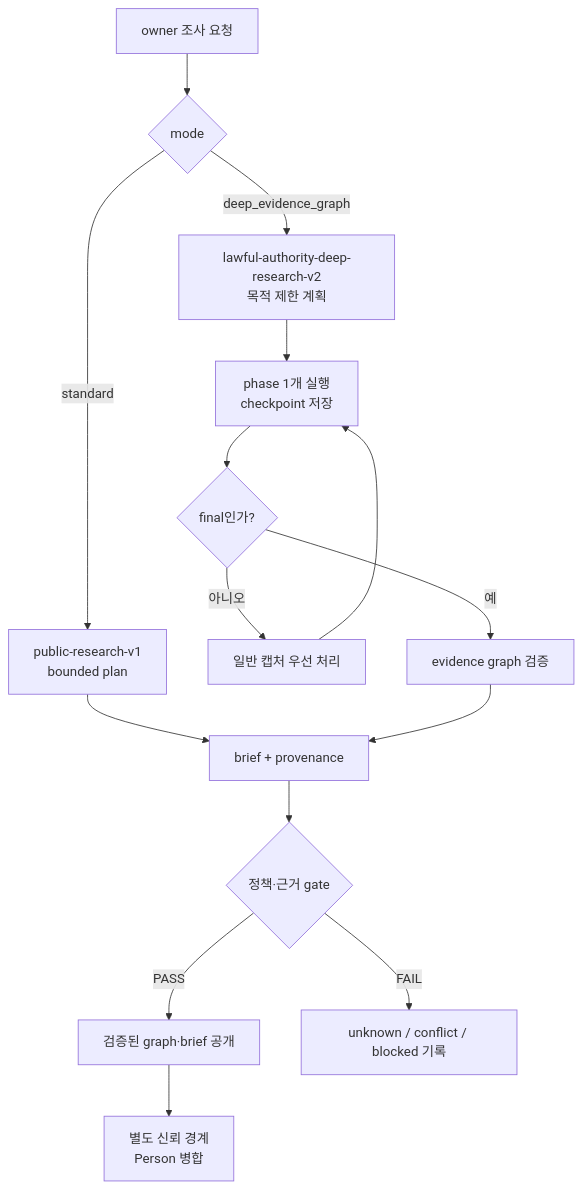
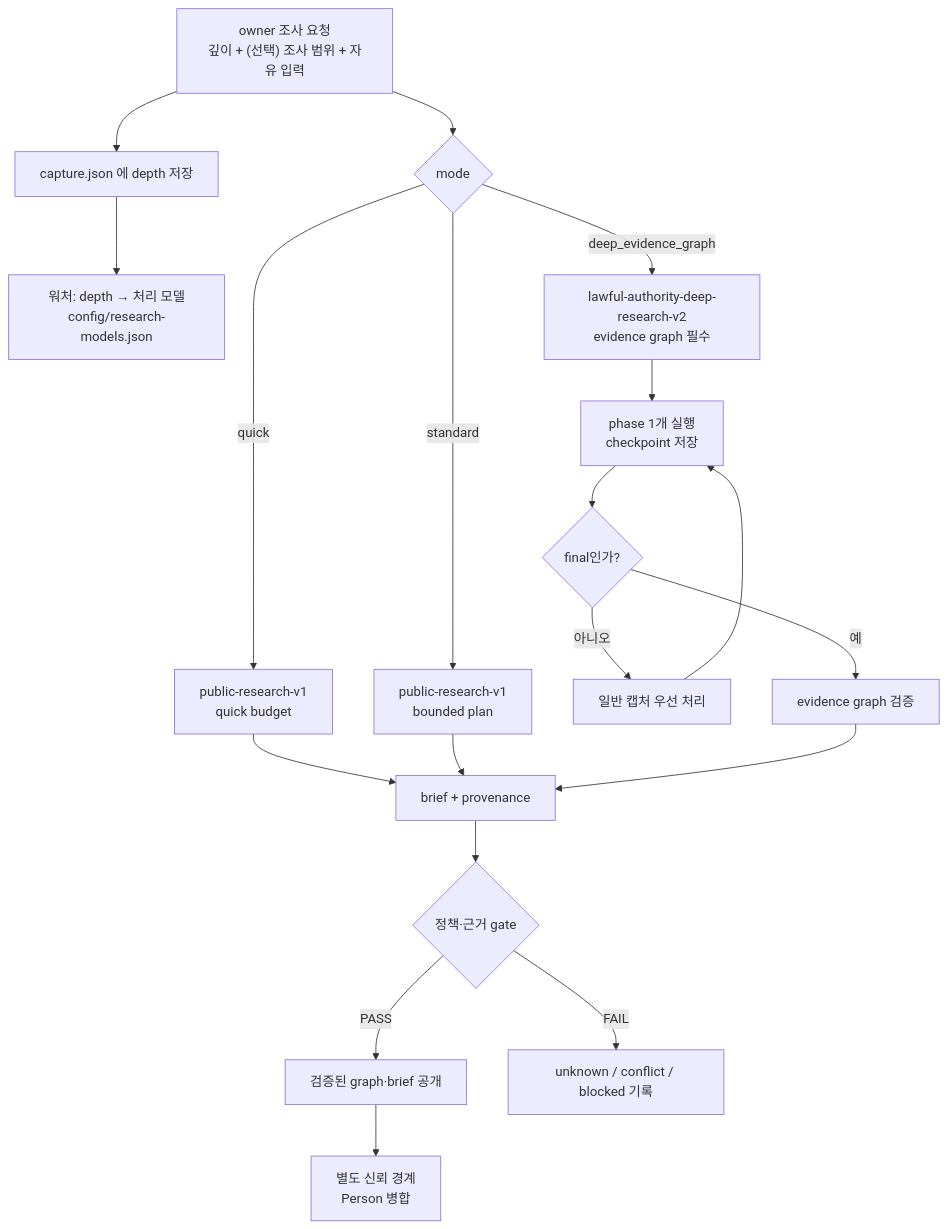
One commit to guecom/card-capture changed the first of 2 diagrams in PROCESSING_CONTRACT.md. Above: the diagram before and after it, drawn with Mermaid. The commit also changed other lines of this file and 42 other files, not shown here.

````diff
--- a/PROCESSING_CONTRACT.md
+++ b/PROCESSING_CONTRACT.md
@@ -7,17 +9,21 @@
 ```mermaid
 flowchart TD
-    A["owner 조사 요청"] --> B{"mode"}
+    A["owner 조사 요청<br/>깊이 + (선택) 조사 범위 + 자유 입력"] --> B{"mode"}
+    A --> N["capture.json 에 depth 저장"]
+    N --> P["워처: depth → 처리 모델<br/>config/research-models.json"]
+    B -->|"quick"| Q["public-research-v1<br/>quick budget"]
     B -->|"standard"| C["public-research-v1<br/>bounded plan"]
-    B -->|"deep_evidence_graph"| D["lawful-authority-deep-research-v2<br/>목적 제한 계획"]
+    B -->|"deep_evidence_graph"| D["lawful-authority-deep-research-v2<br/>evidence graph 필수"]
     D --> E["phase 1개 실행<br/>checkpoint 저장"]
     E --> F{"final인가?"}
     F -->|"아니오"| G["일반 캡처 우선 처리"]
     G --> E
     F -->|"예"| H["evidence graph 검증"]
-    C --> I["brief + provenance"]
+    Q --> I["brief + provenance"]
+    C --> I
     H --> I
     I --> J{"정책·근거 gate"}
     J -->|"PASS"| K["검증된 graph·brief 공개"]
     J -->|"FAIL"| L["unknown / conflict / blocked 기록"]
     K --> M["별도 신뢰 경계<br/>Person 병합"]
 ```
````
